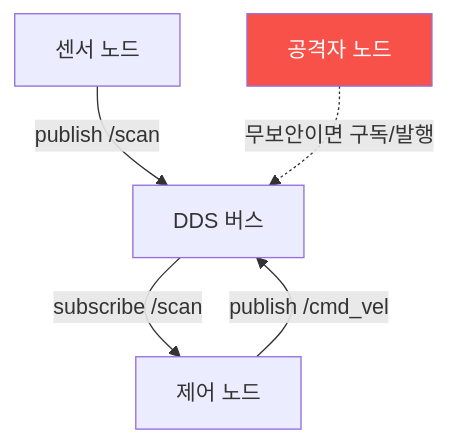
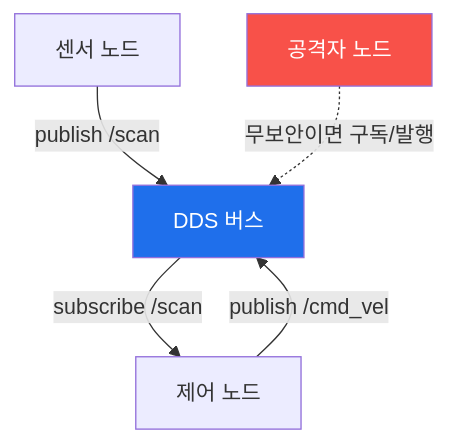
The diagram in contents/training/autonomous-systems/lecture_week10.md (mrgrit/tw2), drawn with Mermaid before and after one commit. The commit also changed other lines of this file, not shown here.

First line of the commit message:
docs(autonomous-systems): W10 강의 교재 보강 — ROS2 보안(DDS·SROS2)

````diff
--- a/contents/training/autonomous-systems/lecture_week10.md
+++ b/contents/training/autonomous-systems/lecture_week10.md
@@ -55,8 +53,9 @@
 ```mermaid
 graph TD
-    N1["센서 노드"] -->|publish /scan| DDS["DDS 버스"]
-    DDS -->|subscribe /scan| N2["제어 노드"]
-    N2 -->|publish /cmd_vel| DDS
-    ATK["공격자 노드"] -.무보안이면 구독/발행.-> DDS
+    N1["센서 노드"] -->|"publish /scan"| DDS["DDS 버스"]
+    DDS -->|"subscribe /scan"| N2["제어 노드"]
+    N2 -->|"publish /cmd_vel"| DDS
+    ATK["공격자 노드"] -. "무보안이면 구독/발행" .-> DDS
     style ATK fill:#f85149,color:#fff
+    style DDS fill:#1f6feb,color:#fff
 ```
````
